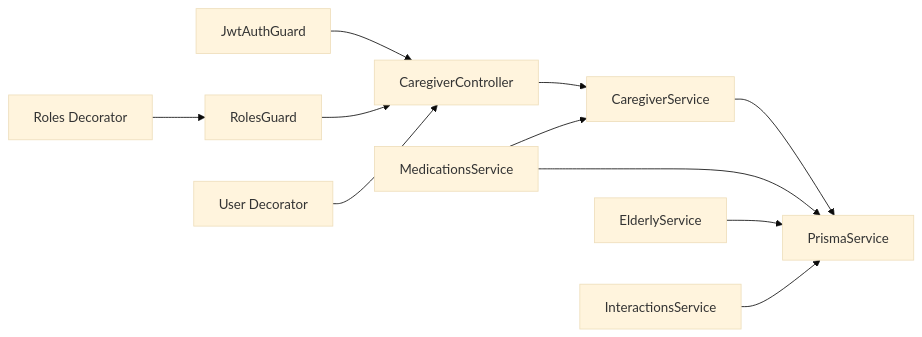
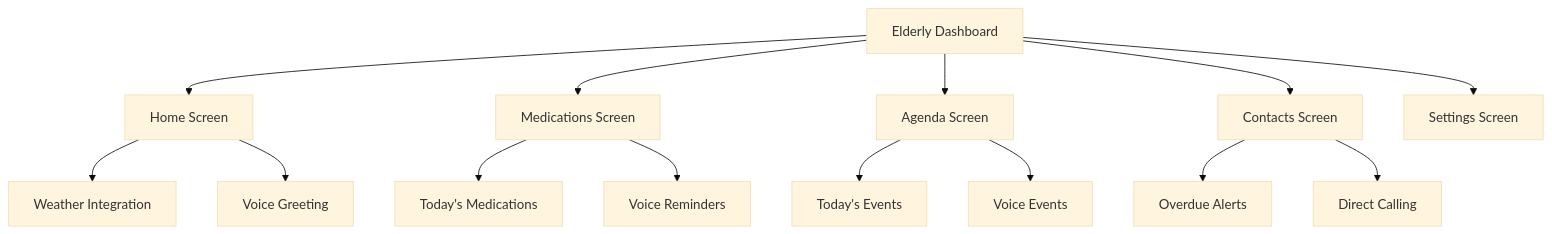
The seventh of 8 diagrams in .qoder/repowiki/en/content/Caregiver Integration.md (jairosouza67/99-Pai), drawn with Mermaid (base theme) before and after one commit. The commit also changed other lines of this file and 17 other files, not shown here.

````diff
--- a/.qoder/repowiki/en/content/Caregiver Integration.md
+++ b/.qoder/repowiki/en/content/Caregiver Integration.md
@@ -411,13 +343,16 @@
 ```mermaid
-graph LR
-Ctrl["CaregiverController"] --> Svc["CaregiverService"]
-Svc --> Prisma["PrismaService"]
-MedSvc["MedicationsService"] --> Svc
-MedSvc --> Prisma
-ElderlySvc["ElderlyService"] --> Prisma
-InterSvc["InteractionsService"] --> Prisma
-JWT["JwtAuthGuard"] --> Ctrl
-RolesG["RolesGuard"] --> Ctrl
-RolesD["Roles Decorator"] --> RolesG
-UserDec["User Decorator"] --> Ctrl
+flowchart TD
+ElderlyDashboard["Elderly Dashboard"] --> Home["Home Screen"]
+ElderlyDashboard --> Medications["Medications Screen"]
+ElderlyDashboard --> Agenda["Agenda Screen"]
+ElderlyDashboard --> Contacts["Contacts Screen"]
+ElderlyDashboard --> Settings["Settings Screen"]
+Home --> Weather["Weather Integration"]
+Home --> VoiceGreeting["Voice Greeting"]
+Medications --> TodayMeds["Today's Medications"]
+Medications --> VoiceReminders["Voice Reminders"]
+Agenda --> TodayEvents["Today's Events"]
+Agenda --> VoiceEvents["Voice Events"]
+Contacts --> OverdueAlerts["Overdue Alerts"]
+Contacts --> DirectCalling["Direct Calling"]
 ```
````
